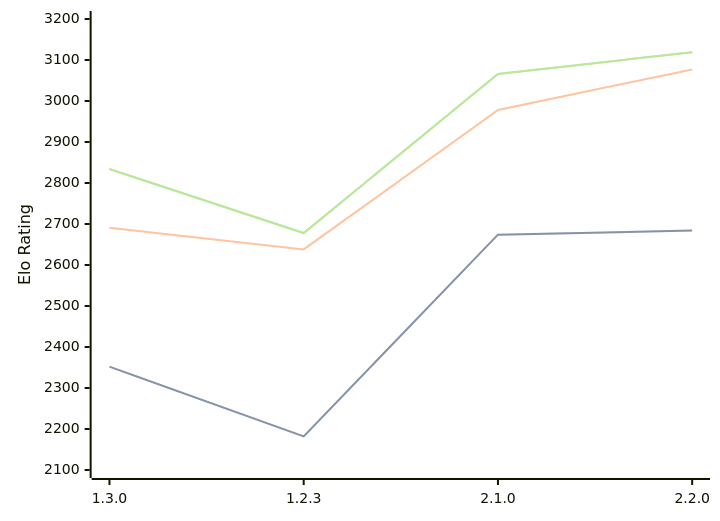
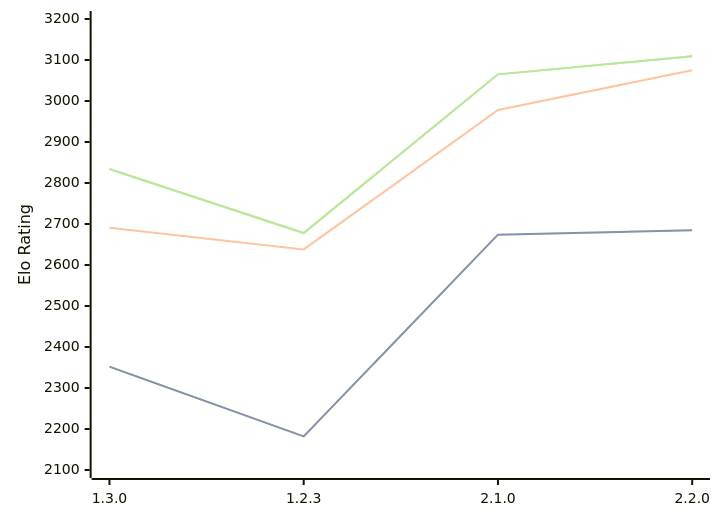
Before and after one commit to computer-chess-index/cci: the diagram in engines/Aspen.md, drawn with Mermaid. The commit also changed other lines of this file, not shown here.

Commit message:
Update CCI Ratings (ELO VLTC) - 2026-08-03

````diff
--- a/engines/Aspen.md
+++ b/engines/Aspen.md
@@ -43,11 +43,11 @@
 ```mermaid
 %%{init: {"theme":"base","themeVariables":{"seriesColors:['#a3a3a3','#222221','#faa371']}}}%%
 xychart-beta
   x-axis ["1.3.0", "1.2.3", "2.1.0", "2.2.0"]
   y-axis "Elo Rating" 2100 --> 3200
-  line "STC (8.0+0.08s)" [2352, 2182, 2674, 2684]
-  line "STC (8.0+0.08s)" [2352, 2182, 2674, 2684]
-  line "LTC (60.0+0.60s)" [2691, 2638, 2978, 3077]
-  line "VLTC (2m24s+1.12s)" [2834, 2678, 3066, 3119]
-  line "VLTC (2m24s+1.12s)" [2834, 2678, 3066, 3119]
+  line "STC (8.0+0.08s)" [2352, 2182, 2674, 2685]
+  line "STC (8.0+0.08s)" [2352, 2182, 2674, 2685]
+  line "LTC (60.0+0.60s)" [2691, 2638, 2978, 3075]
+  line "VLTC (2m24s+1.12s)" [2834, 2678, 3065, 3109]
+  line "VLTC (2m24s+1.12s)" [2834, 2678, 3065, 3109]
 ```
````
